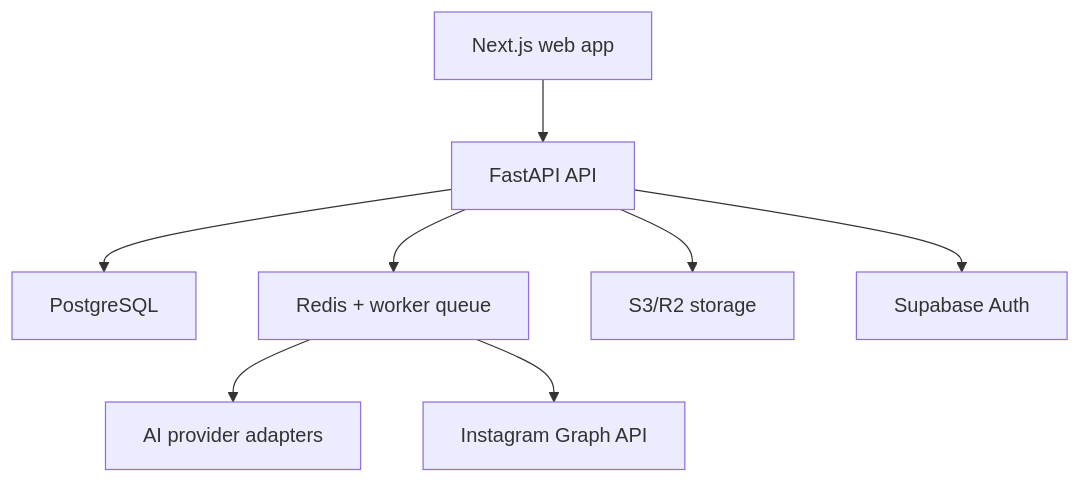
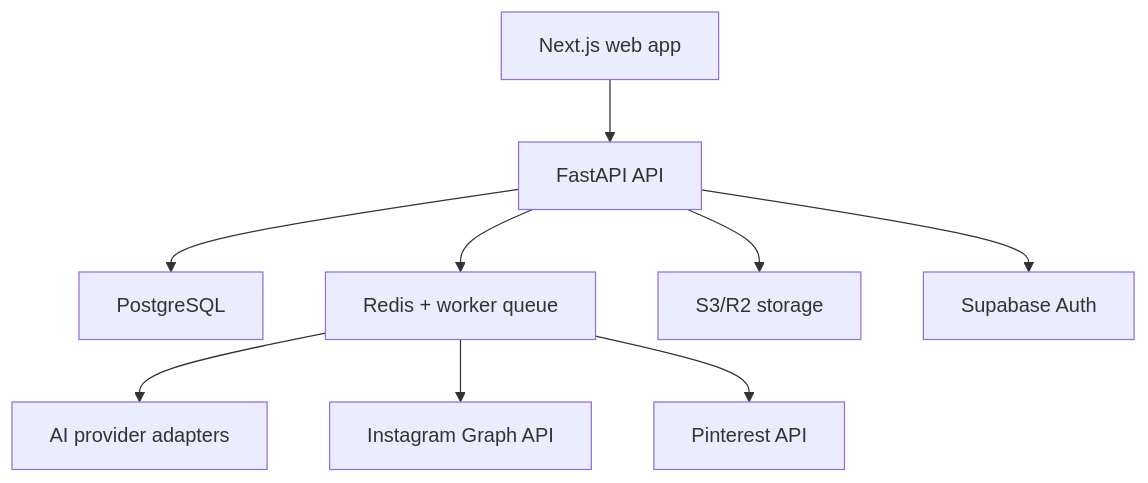
The diagram in docs/architecture.md (SteveParadox/instaHub), drawn with Mermaid before and after one commit. The commit also changed other lines of this file and 63 other files, not shown here.

````diff
--- a/docs/architecture.md
+++ b/docs/architecture.md
@@ -3,10 +3,11 @@
 ```mermaid
 flowchart TD
   Web["Next.js web app"] --> API["FastAPI API"]
   API --> DB["PostgreSQL"]
   API --> Queue["Redis + worker queue"]
   API --> Storage["S3/R2 storage"]
   Queue --> Providers["AI provider adapters"]
   Queue --> Meta["Instagram Graph API"]
+  Queue --> Pinterest["Pinterest API"]
   API --> Auth["Supabase Auth"]
 ```
````
